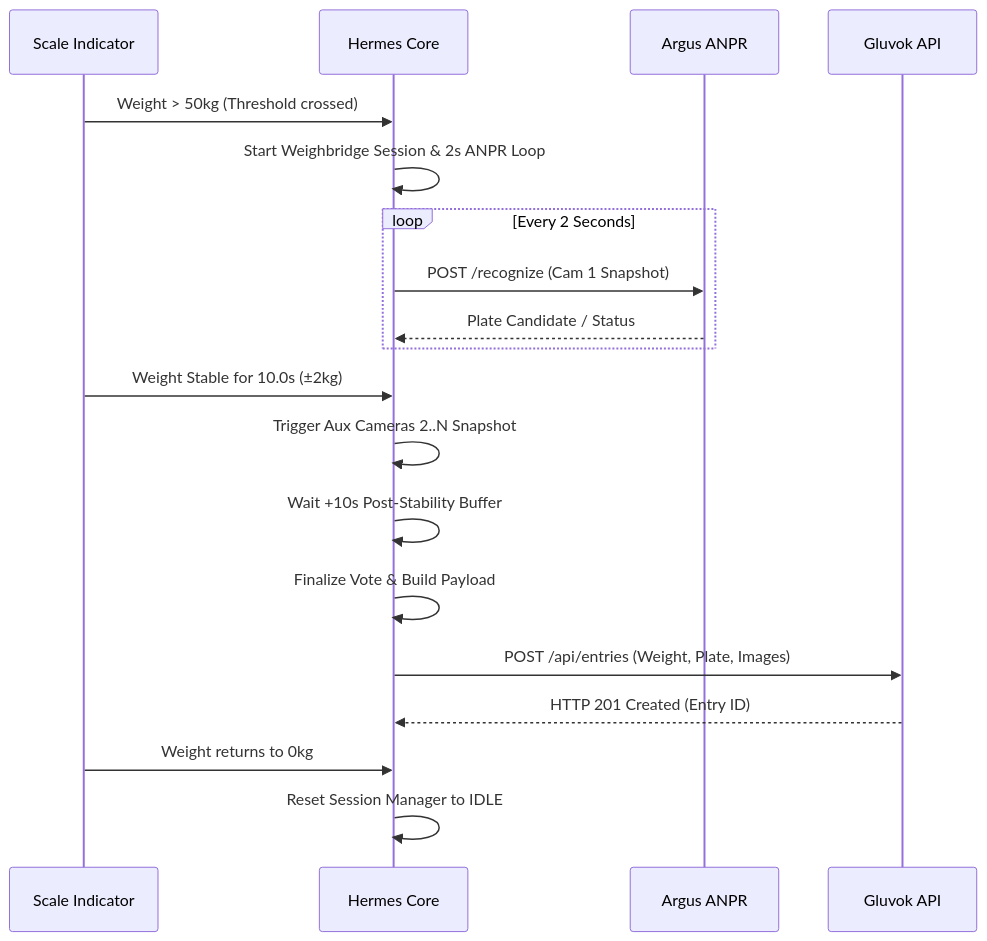
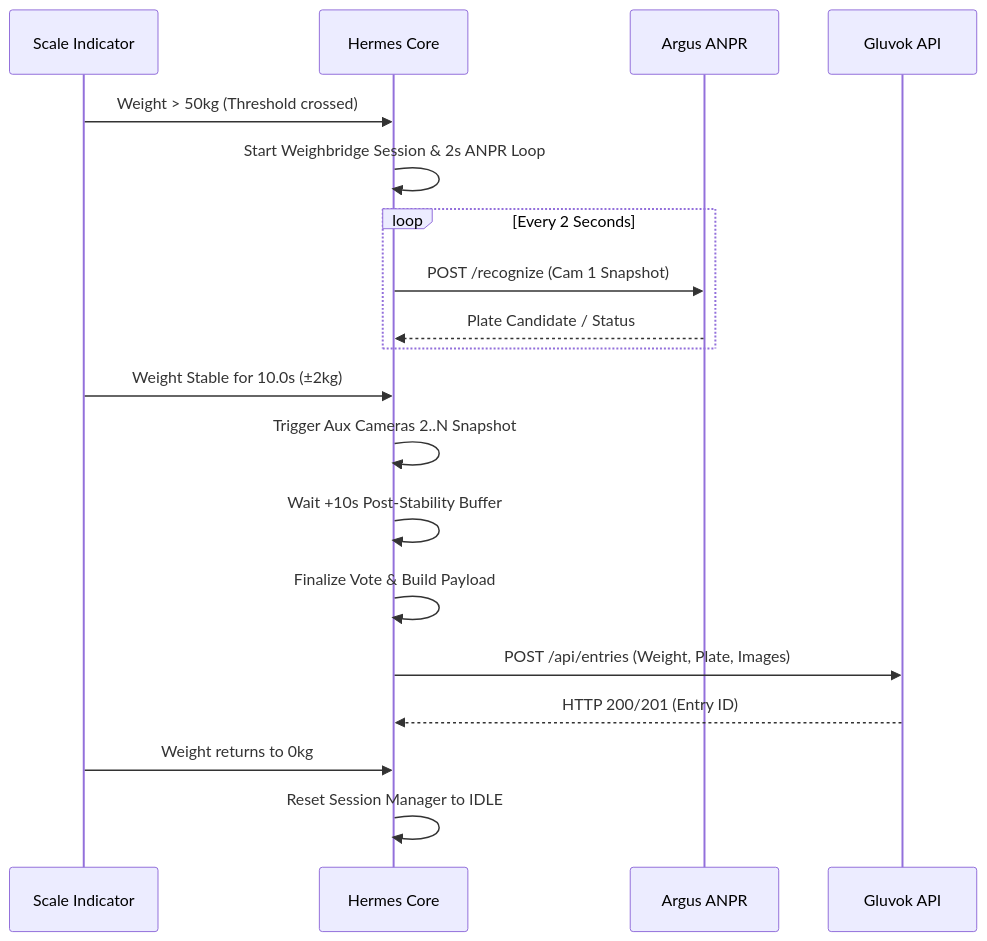
The second of 2 diagrams in docs/ARCHITECTURE.md (dheereshag/hermes), drawn with Mermaid before and after one commit. The commit also changed other lines of this file and 7 other files, not shown here.

````diff
--- a/docs/ARCHITECTURE.md
+++ b/docs/ARCHITECTURE.md
@@ -113,22 +113,22 @@
 ```mermaid
 sequenceDiagram
     participant Scale as Scale Indicator
     participant Herm as Hermes Core
     participant Argus as Argus ANPR
     participant Cloud as Gluvok API
 
     Scale->>Herm: Weight > 50kg (Threshold crossed)
     Herm->>Herm: Start Weighbridge Session & 2s ANPR Loop
     loop Every 2 Seconds
         Herm->>Argus: POST /recognize (Cam 1 Snapshot)
         Argus-->>Herm: Plate Candidate / Status
     end
     Scale->>Herm: Weight Stable for 10.0s (±2kg)
     Herm->>Herm: Trigger Aux Cameras 2..N Snapshot
     Herm->>Herm: Wait +10s Post-Stability Buffer
     Herm->>Herm: Finalize Vote & Build Payload
     Herm->>Cloud: POST /api/entries (Weight, Plate, Images)
-    Cloud-->>Herm: HTTP 201 Created (Entry ID)
+    Cloud-->>Herm: HTTP 200/201 (Entry ID)
     Scale->>Herm: Weight returns to 0kg
     Herm->>Herm: Reset Session Manager to IDLE
 ```
````
